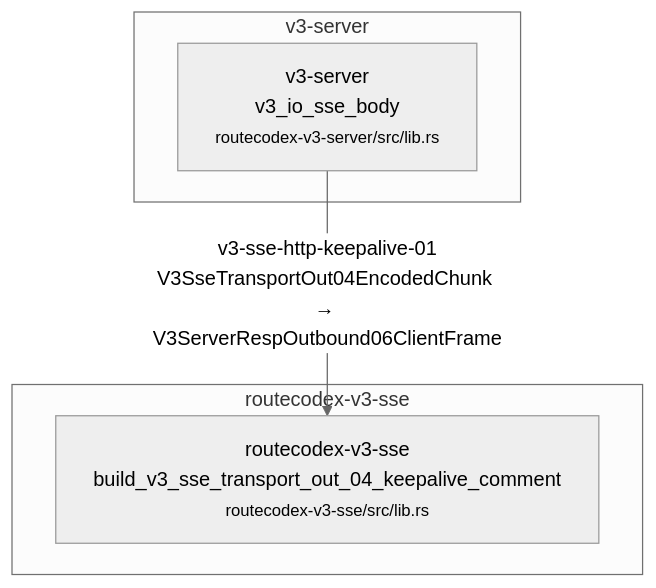
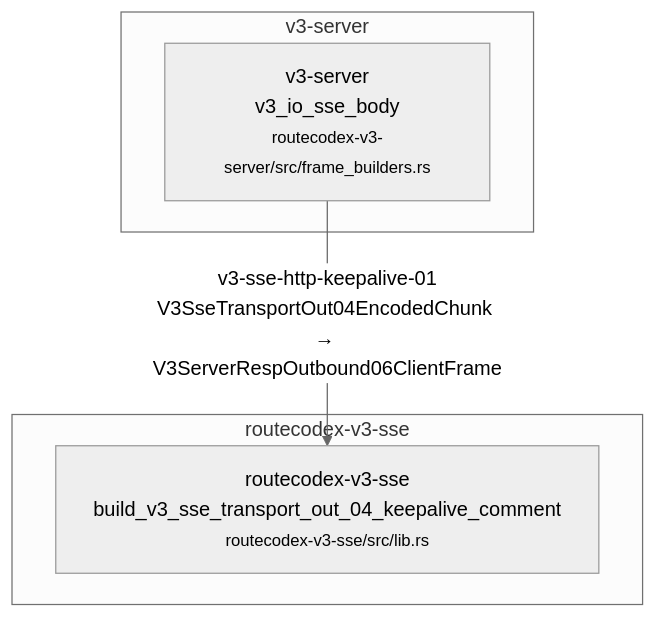
Diagram 53 of 58 in docs/architecture/wiki/v3-mainline-caller-flow.md (Jasonzhangf/routecodex), drawn with Mermaid (neutral theme) before and after one commit. The commit also changed other lines of this file and 15 other files, not shown here.

````diff
--- a/docs/architecture/wiki/v3-mainline-caller-flow.md
+++ b/docs/architecture/wiki/v3-mainline-caller-flow.md
@@ -2118,10 +2118,10 @@
 ```mermaid
 flowchart TD
   subgraph c_51_v3_sse_http_keepalive_boundary_m_routecodex_v3_sse["routecodex-v3-sse"]
     c_51_v3_sse_http_keepalive_boundary_1["routecodex-v3-sse<br/>build_v3_sse_transport_out_04_keepalive_comment<br/><small>routecodex-v3-sse/src/lib.rs</small>"]
   end
   subgraph c_51_v3_sse_http_keepalive_boundary_m_v3_server["v3-server"]
-    c_51_v3_sse_http_keepalive_boundary_0["v3-server<br/>v3_io_sse_body<br/><small>routecodex-v3-server/src/lib.rs</small>"]
+    c_51_v3_sse_http_keepalive_boundary_0["v3-server<br/>v3_io_sse_body<br/><small>routecodex-v3-server/src/frame_builders.rs</small>"]
   end
   c_51_v3_sse_http_keepalive_boundary_0 -->|v3-sse-http-keepalive-01<br/>V3SseTransportOut04EncodedChunk → V3ServerRespOutbound06ClientFrame| c_51_v3_sse_http_keepalive_boundary_1
 ```
````
